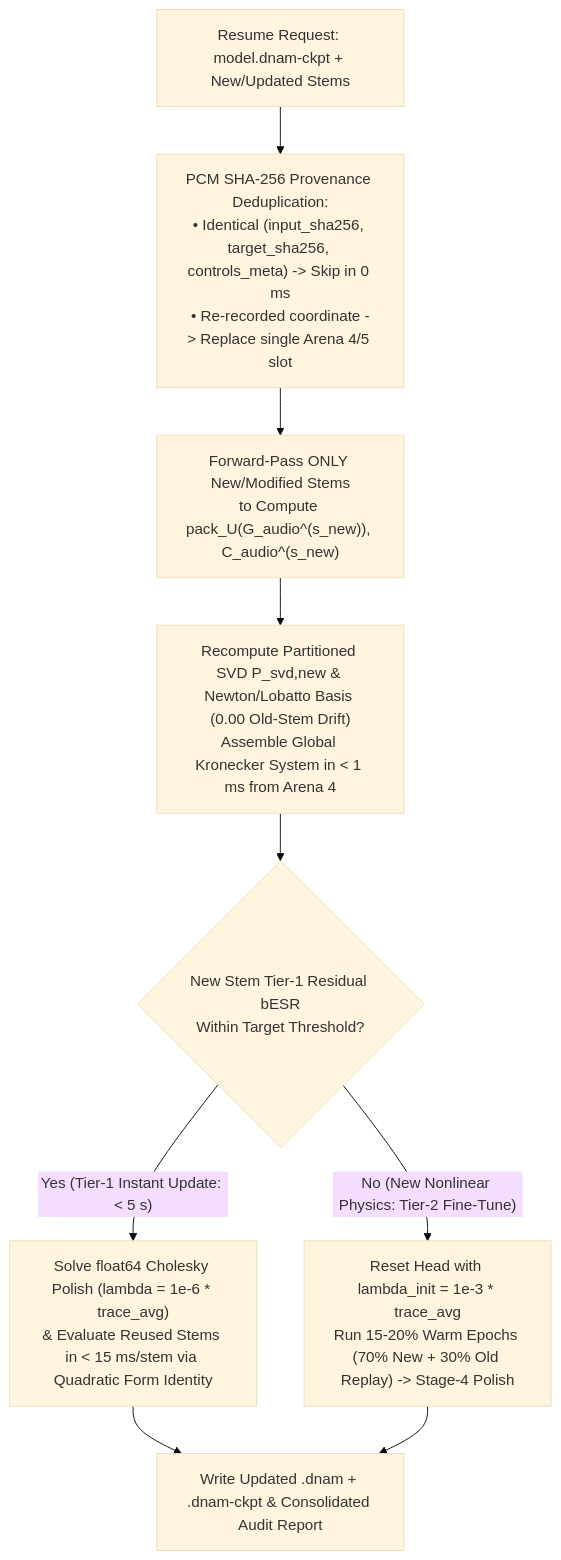
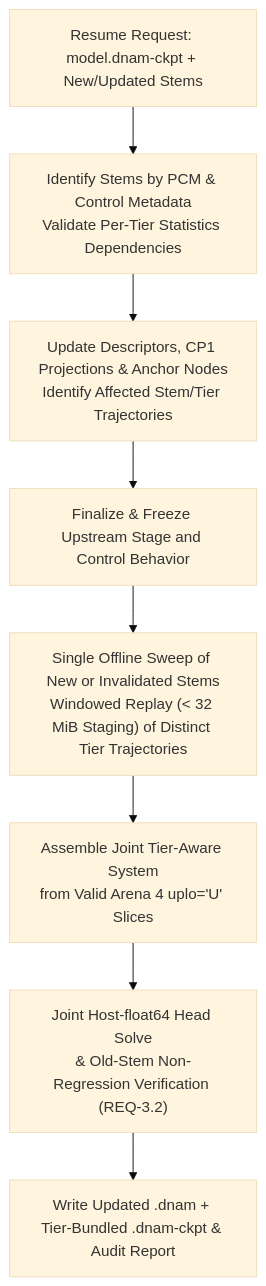
One commit to dnam-project/dnam changed the first of 2 diagrams in docs/training/iterative_resume_and_caching.md. Above: the diagram before and after it, drawn with Mermaid (base theme). The commit also changed other lines of this file and 105 other files, not shown here.

````diff
--- a/docs/training/iterative_resume_and_caching.md
+++ b/docs/training/iterative_resume_and_caching.md
@@ -11,12 +13,10 @@
 ```mermaid
 flowchart TD
-    In["Resume Request: model.dnam-ckpt + New/Updated Stems"] --> Dedup["PCM SHA-256 Provenance Deduplication:<br/>• Identical (input_sha256, target_sha256, controls_meta) -> Skip in 0 ms<br/>• Re-recorded coordinate -> Replace single Arena 4/5 slot"]
-    Dedup --> EvalNew["Forward-Pass ONLY New/Modified Stems<br/>to Compute pack_U(G_audio^(s_new)), C_audio^(s_new)"]
-    EvalNew --> Reassemble["Recompute Partitioned SVD P_svd,new & Newton/Lobatto Basis (0.00 Old-Stem Drift)<br/>Assemble Global Kronecker System in < 1 ms from Arena 4"]
-    Reassemble --> TierCheck{"New Stem Tier-1 Residual bESR<br/>Within Target Threshold?"}
-
-    TierCheck -- "Yes (Tier-1 Instant Update: < 5 s)" --> T1["Solve float64 Cholesky Polish (lambda = 1e-6 * trace_avg)<br/>& Evaluate Reused Stems in < 15 ms/stem via Quadratic Form Identity"]
-    TierCheck -- "No (New Nonlinear Physics: Tier-2 Fine-Tune)" --> T2["Reset Head with lambda_init = 1e-3 * trace_avg<br/>Run 15-20% Warm Epochs (70% New + 30% Old Replay) -> Stage-4 Polish"]
-
-    T1 & T2 --> Out["Write Updated .dnam + .dnam-ckpt & Consolidated Audit Report"]
+    In["Resume Request: model.dnam-ckpt + New/Updated Stems"] --> Dedup["Identify Stems by PCM & Control Metadata<br/>Validate Per-Tier Statistics Dependencies"]
+    Dedup --> Plan["Update Descriptors, CP1 Projections & Anchor Nodes<br/>Identify Affected Stem/Tier Trajectories"]
+    Plan --> Freeze["Finalize & Freeze Upstream Stage and Control Behavior"]
+    Freeze --> EvalNew["Single Offline Sweep of New or Invalidated Stems<br/>Windowed Replay (< 32 MiB Staging) of Distinct Tier Trajectories"]
+    EvalNew --> Reassemble["Assemble Joint Tier-Aware System<br/>from Valid Arena 4 uplo='U' Slices"]
+    Reassemble --> T1["Joint Host-float64 Head Solve<br/>& Old-Stem Non-Regression Verification (REQ-3.2)"]
+    T1 --> Out["Write Updated .dnam + Tier-Bundled .dnam-ckpt & Audit Report"]
 ```
````
